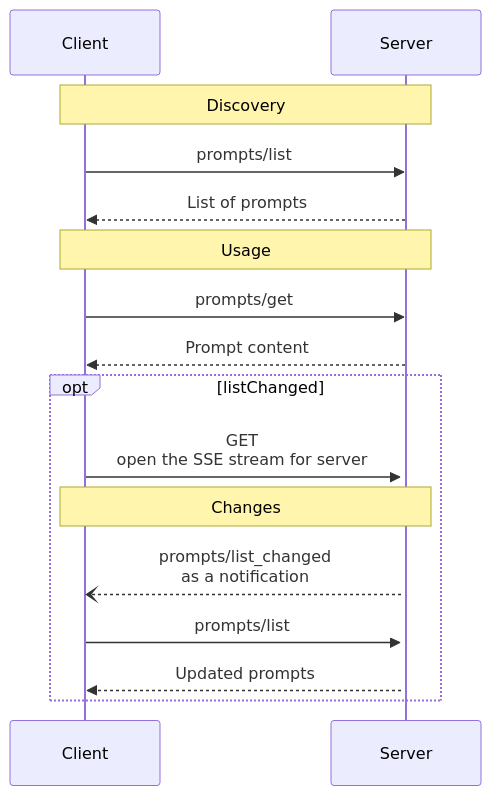
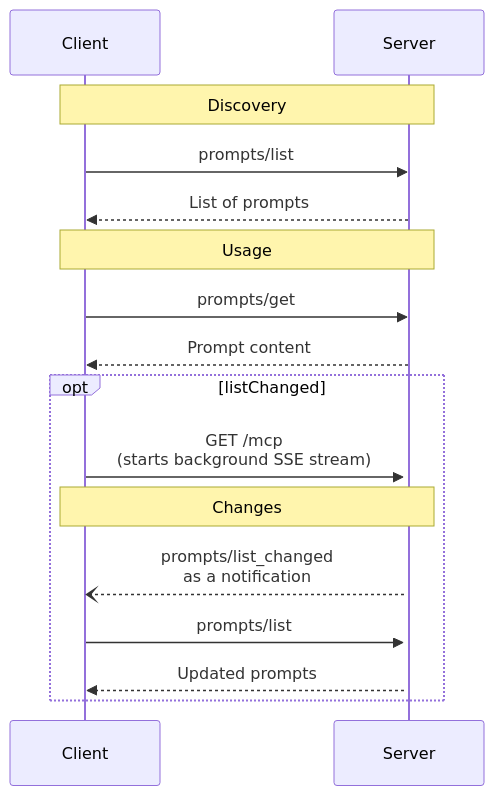
One commit to modelcontextprotocol/modelcontextprotocol changed the diagram in docs/specification/2025-06-18/server/prompts.mdx. Above: the diagram before and after it, drawn with Mermaid.

````diff
--- a/docs/specification/2025-06-18/server/prompts.mdx
+++ b/docs/specification/2025-06-18/server/prompts.mdx
@@ -150,21 +150,21 @@
 ```mermaid
 sequenceDiagram
     participant Client
     participant Server
 
     Note over Client,Server: Discovery
     Client->>Server: prompts/list
     Server-->>Client: List of prompts
 
     Note over Client,Server: Usage
     Client->>Server: prompts/get
     Server-->>Client: Prompt content
 
     opt listChanged
-      Client->>+Server: GET<br>open the SSE stream for server
+      Client->>+Server: GET /mcp<br>(starts background SSE stream)
       Note over Client,Server: Changes
       Server--)Client: prompts/list_changed<br>as a notification
       Client->>Server: prompts/list
       Server-->>Client: Updated prompts
     end
 ```
````
